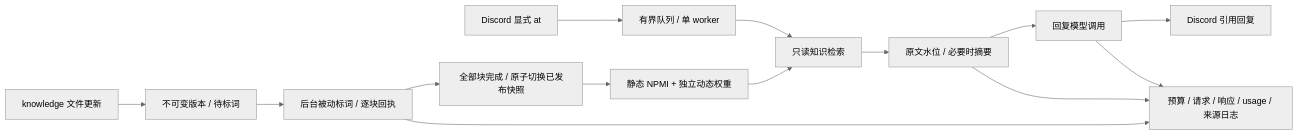
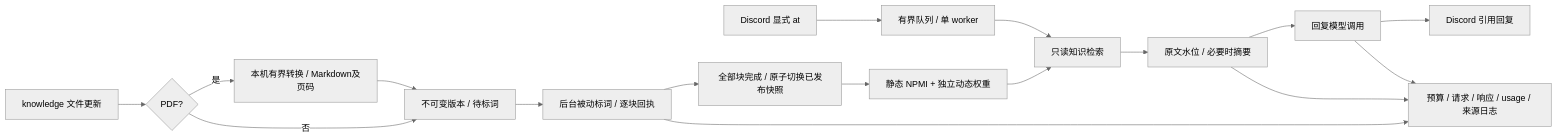
One commit to simulacrum0112-afk/Indeces_memory_manager changed the diagram in README.md. Above: the diagram before and after it, drawn with Mermaid (neutral theme). The commit also changed other lines of this file and 23 other files, not shown here.

Commit message:
Add passive PDF to Markdown knowledge ingestion and page provenance

````diff
--- a/README.md
+++ b/README.md
@@ -9,16 +9,19 @@
 ```mermaid
 flowchart LR
     D[Discord 显式 at] --> Q[有界队列 / 单 worker]
     Q --> R[只读知识检索]
     R --> C[原文水位 / 必要时摘要]
     C --> A[回复模型调用]
     A --> O[Discord 引用回复]
-    K[knowledge 文件更新] --> V[不可变版本 / 待标词]
+    K[knowledge 文件更新] --> F{PDF?}
+    F -->|是| X[本机有界转换 / Markdown及页码]
+    X --> V[不可变版本 / 待标词]
+    F -->|否| V
     V --> L[后台被动标词 / 逐块回执]
     L --> P[全部块完成 / 原子切换已发布快照]
     P --> G[静态 NPMI + 独立动态权重]
     G --> R
     A --> S[预算 / 请求 / 响应 / usage / 来源日志]
     L --> S
     C --> S
 ```
````
